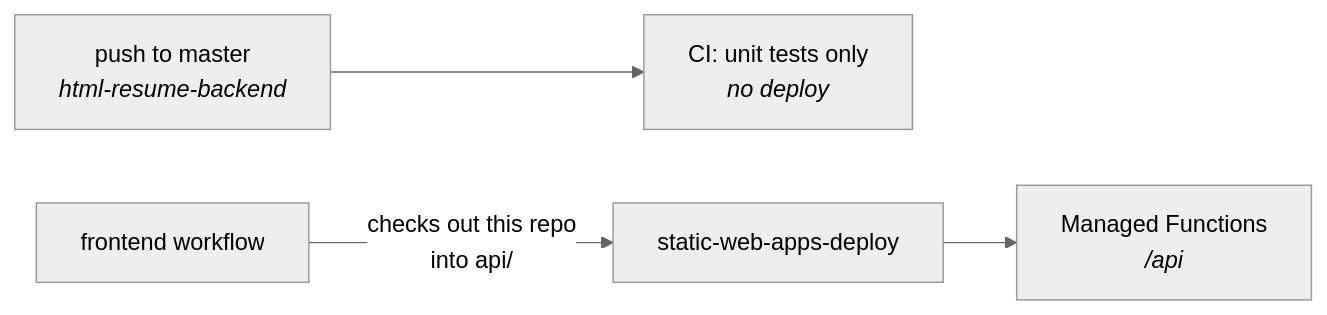
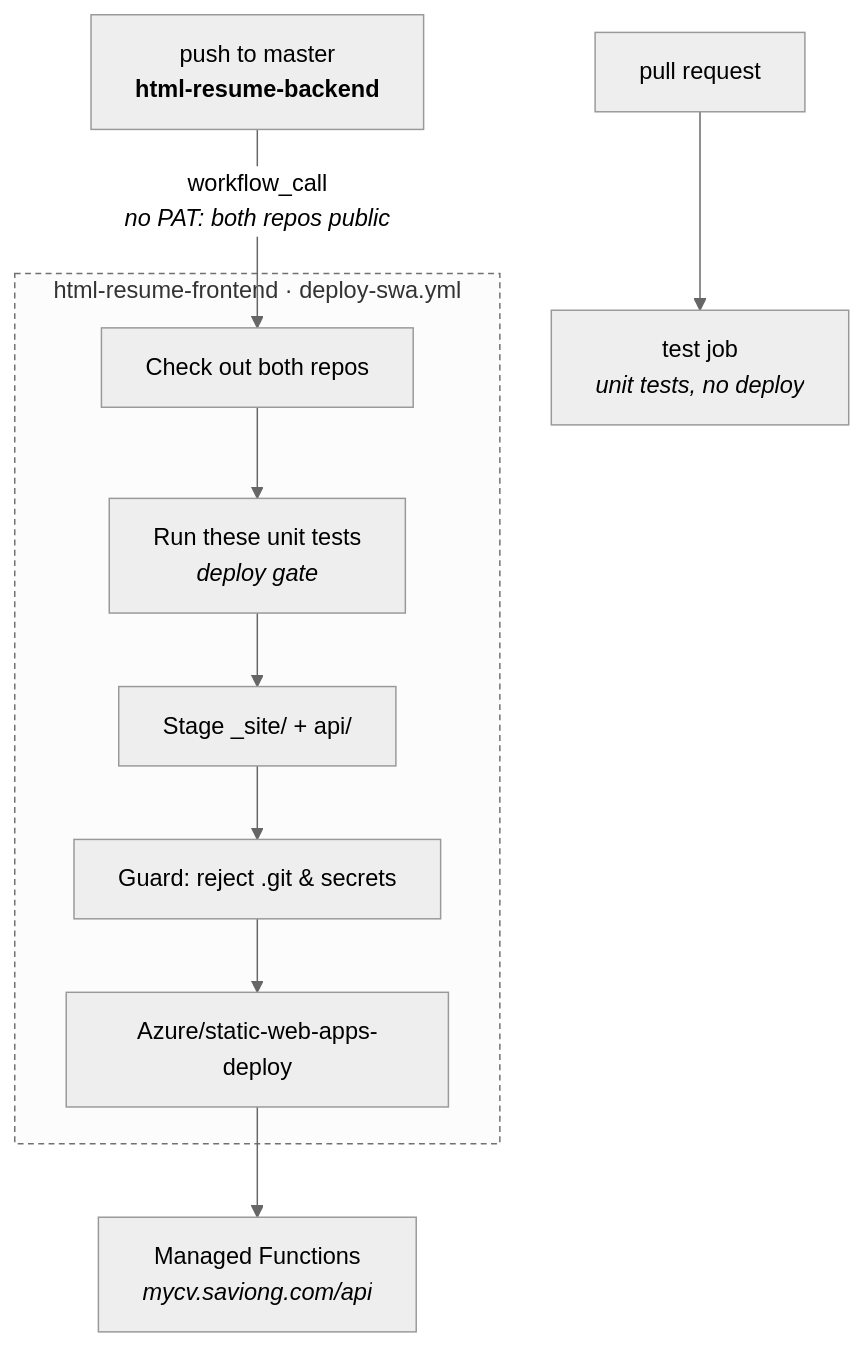
The second of 2 diagrams in README.md (saviong/html-resume-backend), drawn with Mermaid (neutral theme) before and after one commit. The commit also changed other lines of this file, not shown here.

First line of the commit message:
Document that a push here now deploys

````diff
--- a/README.md
+++ b/README.md
@@ -102,6 +106,23 @@
 ```mermaid
-flowchart LR
-    A["push to master<br/><i>html-resume-backend</i>"] --> B["CI: unit tests only<br/><i>no deploy</i>"]
-    C["frontend workflow"] -->|"checks out this repo<br/>into api/"| D["static-web-apps-deploy"]
-    D --> E["Managed Functions<br/><i>/api</i>"]
+flowchart TD
+    PB["push to master<br/><b>html-resume-backend</b>"]
+    PR["pull request"]
+    T0["test job<br/><i>unit tests, no deploy</i>"]
+
+    subgraph WF["html-resume-frontend · deploy-swa.yml"]
+        CO["Check out both repos"]
+        T["Run these unit tests<br/><i>deploy gate</i>"]
+        ST["Stage _site/ + api/"]
+        G["Guard: reject .git & secrets"]
+        DEP["Azure/static-web-apps-deploy"]
+        CO --> T --> ST --> G --> DEP
+    end
+
+    API["Managed Functions<br/><i>mycv.saviong.com/api</i>"]
+
+    PR --> T0
+    PB -->|"workflow_call<br/><i>no PAT: both repos public</i>"| CO
+    DEP --> API
+
+    style WF stroke-dasharray: 4 3
 ```
````
